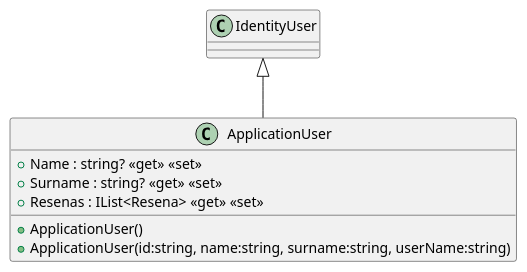
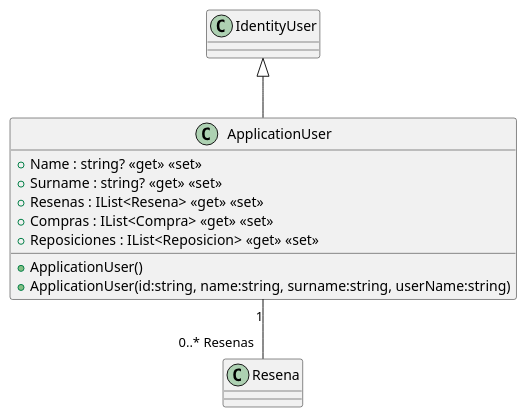
One commit to ISII2627SoftwareEngineers/ISII2627SoftwareEngineers changed the diagram in src/AppForSEII.API/ClassDiagram/ApplicationUser.puml. Above: the diagram before and after it, drawn with PlantUML. The commit also changed 23 other files, not shown here.

First line of the commit message:
Crear constructores y actualizar diagramas de clase (#65)

```diff
--- a/src/AppForSEII.API/ClassDiagram/ApplicationUser.puml
+++ b/src/AppForSEII.API/ClassDiagram/ApplicationUser.puml
@@ -1,10 +1,13 @@
 @startuml
 class ApplicationUser {
     + ApplicationUser()
     + ApplicationUser(id:string, name:string, surname:string, userName:string)
     + Name : string? <<get>> <<set>>
     + Surname : string? <<get>> <<set>>
     + Resenas : IList<Resena> <<get>> <<set>>
+    + Compras : IList<Compra> <<get>> <<set>>
+    + Reposiciones : IList<Reposicion> <<get>> <<set>>
 }
+ApplicationUser "1" -- "0..* Resenas" Resena
 IdentityUser <|-- ApplicationUser
 @enduml
```
